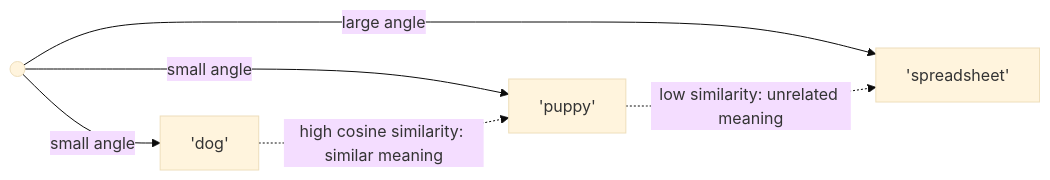
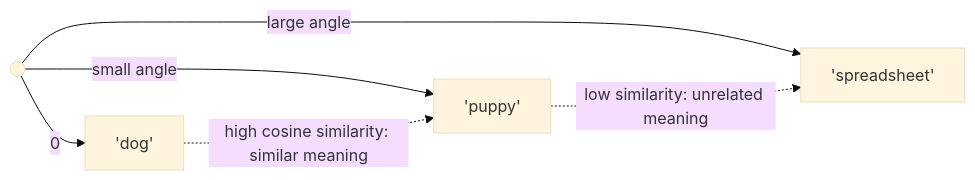
Before and after one commit to ml-cab/ml-for-java-minds: the first of 2 diagrams in part1/09-vectors-and-similarity.md, drawn with Mermaid (base theme). The commit also changed other lines of this file and 1 other file, not shown here.

````diff
--- a/part1/09-vectors-and-similarity.md
+++ b/part1/09-vectors-and-similarity.md
@@ -33,8 +21,8 @@
 ```mermaid
 flowchart LR
-    Origin(( )) -->|small angle| Dog["'dog'"]
+    Origin(( )) -->|0| Dog["'dog'"]
     Origin -->|small angle| Puppy["'puppy'"]
     Origin -->|large angle| Spreadsheet["'spreadsheet'"]
     Dog -.->|high cosine similarity: similar meaning| Puppy
     Puppy -.->|low similarity: unrelated meaning| Spreadsheet
 ```
````
